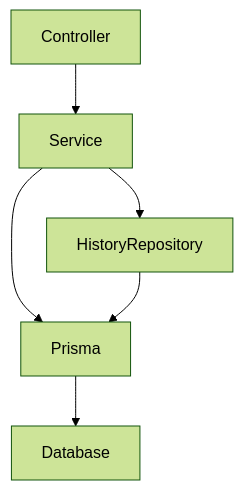
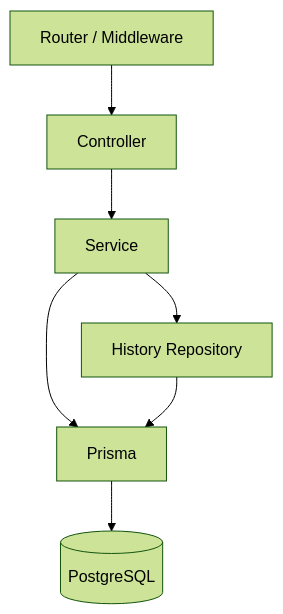
One commit to pawmi555/Issue_tracker changed the second of 3 diagrams in README.md. Above: the diagram before and after it, drawn with Mermaid (forest theme). The commit also changed other lines of this file, not shown here.

````diff
--- a/README.md
+++ b/README.md
@@ -177,13 +182,16 @@
 ```mermaid
 flowchart TD
+    Routing["Router / Middleware"]
+    Controller["Controller"]
+    Service["Service"]
+    Repository["History Repository"]
+    Prisma["Prisma"]
+    DB[("PostgreSQL")]
 
-Controller --> Service
-
-Service --> Prisma
-
-Service --> HistoryRepository
-
-HistoryRepository --> Prisma
-
-Prisma --> Database
+    Routing --> Controller
+    Controller --> Service
+    Service --> Prisma
+    Service --> Repository
+    Repository --> Prisma
+    Prisma --> DB
 ```
````
